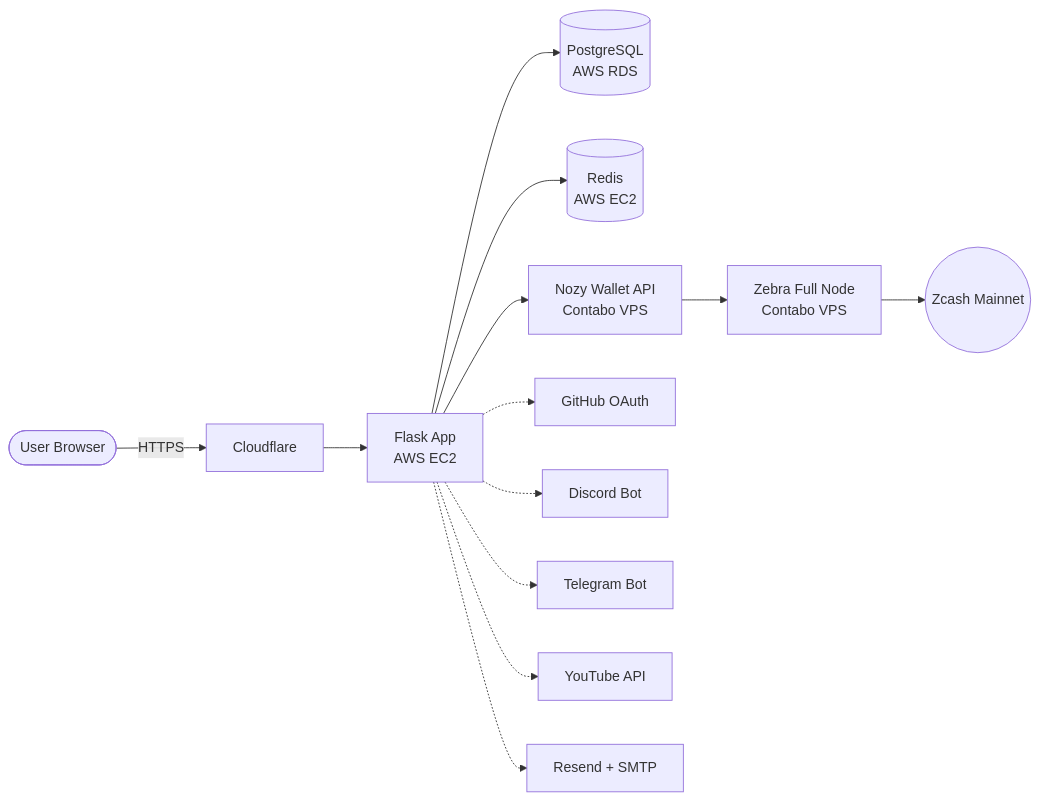
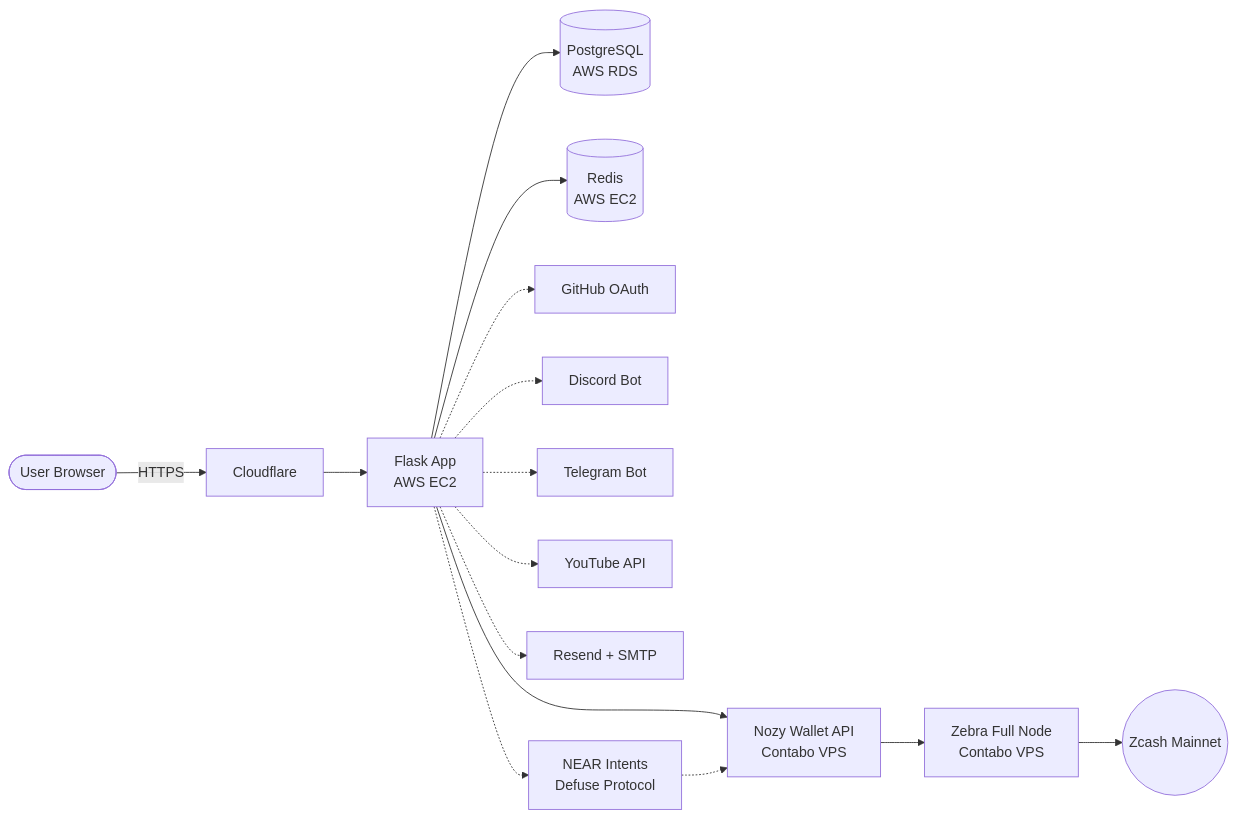
Before and after one commit to gilmorre/gleyo-Zechub-: the diagram in README.md, drawn with Mermaid. The commit also changed other lines of this file and 10 other files, not shown here.

````diff
--- a/README.md
+++ b/README.md
@@ -75,17 +76,19 @@
 ```mermaid
 flowchart LR
     User([User Browser]) -->|HTTPS| CF[Cloudflare]
     CF --> Flask[Flask App<br/>AWS EC2]
 
     Flask --> PG[(PostgreSQL<br/>AWS RDS)]
     Flask --> Redis[(Redis<br/>AWS EC2)]
     Flask --> Nozy[Nozy Wallet API<br/>Contabo VPS]
     Nozy --> Zebra[Zebra Full Node<br/>Contabo VPS]
     Zebra --> Mainnet((Zcash Mainnet))
 
     Flask -.-> GitHub[GitHub OAuth]
     Flask -.-> Discord[Discord Bot]
     Flask -.-> Telegram[Telegram Bot]
     Flask -.-> YouTube[YouTube API]
     Flask -.-> Email[Resend + SMTP]
+    Flask -.-> Defuse[NEAR Intents<br/>Defuse Protocol]
+    Defuse -.-> Nozy
 ```
````
